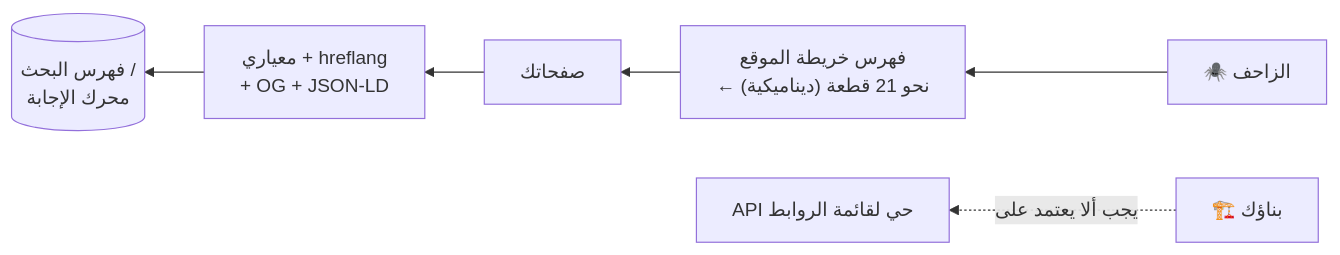
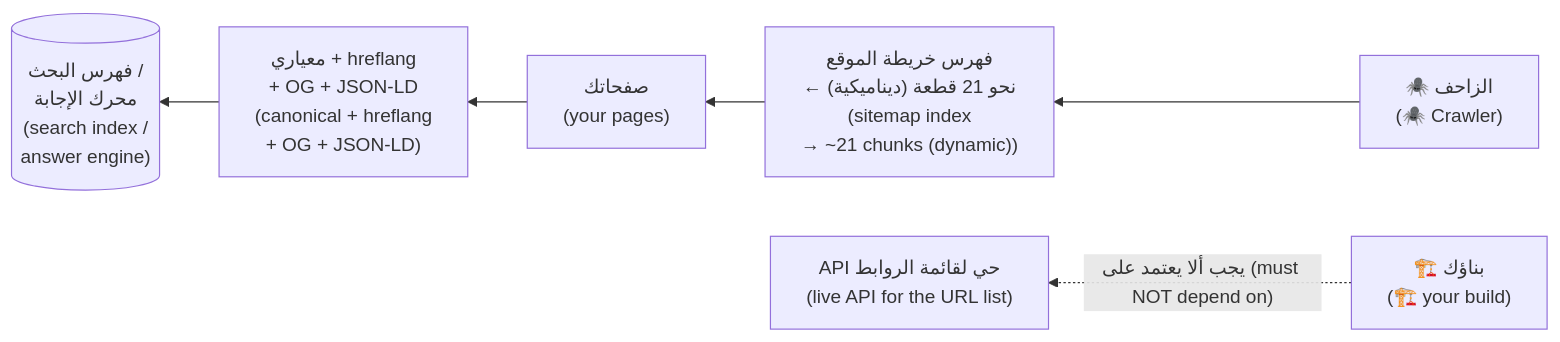
The third of 5 diagrams in modules/11-reaching-the-world/module.ar.md (Tamoura/system-design-for-vibe-coders), drawn with Mermaid before and after one commit. The commit also changed other lines of this file and 62 other files, not shown here.

First line of the commit message:
Arabic editions: English on every diagram label, RTL fixes, rebuild

````diff
--- a/modules/11-reaching-the-world/module.ar.md
+++ b/modules/11-reaching-the-world/module.ar.md
@@ -230,8 +230,8 @@
 ```mermaid
 flowchart RL
-    C["🕷️ الزاحف"] --> S["فهرس خريطة الموقع<br/>← نحو 21 قطعة (ديناميكية)"]
-    S --> P["صفحاتك"]
-    P --> M["معياري + hreflang<br/>+ OG + JSON-LD"]
-    M --> I[("فهرس البحث /<br/>محرك الإجابة")]
-    B["🏗️ بناؤك"] -.->|"يجب ألا يعتمد على"| API["API حي لقائمة الروابط"]
+    C["🕷️ الزاحف<br/>(🕷️ Crawler)"] --> S["فهرس خريطة الموقع<br/>← نحو 21 قطعة (ديناميكية)<br/>(sitemap index<br/>→ ~21 chunks (dynamic))"]
+    S --> P["صفحاتك<br/>(your pages)"]
+    P --> M["معياري + hreflang<br/>+ OG + JSON-LD<br/>(canonical + hreflang<br/>+ OG + JSON-LD)"]
+    M --> I[("فهرس البحث /<br/>محرك الإجابة<br/>(search index /<br/>answer engine)")]
+    B["🏗️ بناؤك<br/>(🏗️ your build)"] -.->|"يجب ألا يعتمد على (must NOT depend on)"| API["API حي لقائمة الروابط<br/>(live API for the URL list)"]
 ```
````
